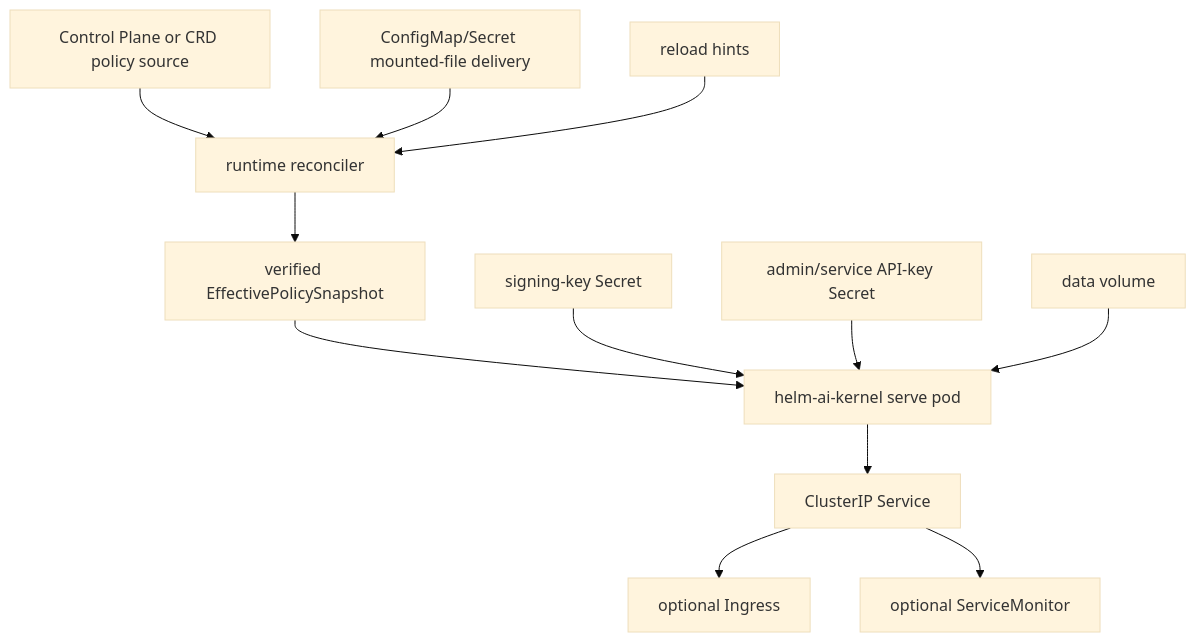
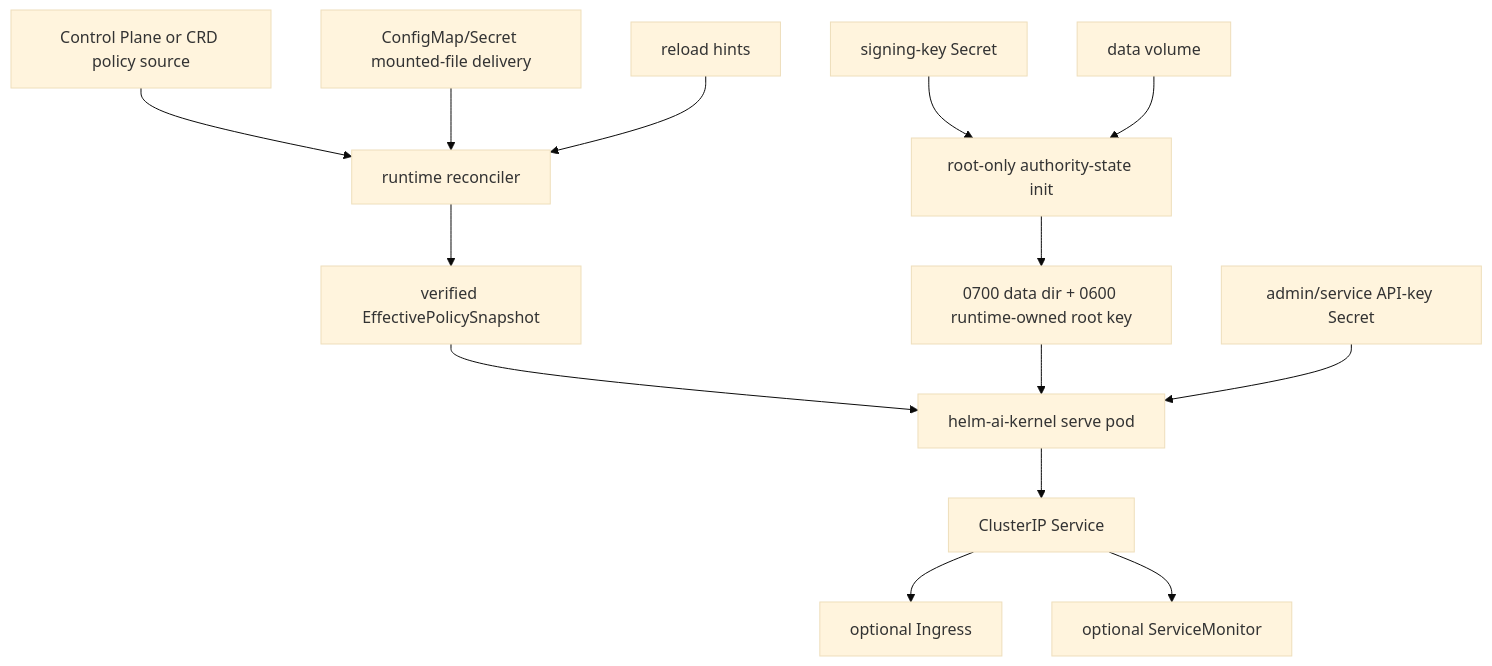
One commit to Mindburn-Labs/helm-ai-kernel changed the diagram in deploy/helm-chart/README.md. Above: the diagram before and after it, drawn with Mermaid (base theme). The commit also changed other lines of this file and 18 other files, not shown here.

````diff
--- a/deploy/helm-chart/README.md
+++ b/deploy/helm-chart/README.md
@@ -35,14 +35,16 @@
 ```mermaid
 flowchart TD
   cp["Control Plane or CRD policy source"] --> runtime["runtime reconciler"]
   cm["ConfigMap/Secret mounted-file delivery"] --> runtime
   hint["reload hints"] --> runtime
   runtime --> snapshot["verified EffectivePolicySnapshot"]
   snapshot --> pod["helm-ai-kernel serve pod"]
-  signing["signing-key Secret"] --> pod
+  signing["signing-key Secret"] --> init["root-only authority-state init"]
+  pvc["data volume"] --> init
+  init --> authority["0700 data dir + 0600 runtime-owned root key"]
+  authority --> pod
   auth["admin/service API-key Secret"] --> pod
-  pvc["data volume"] --> pod
   pod --> service["ClusterIP Service"]
   service --> ingress["optional Ingress"]
   service --> metrics["optional ServiceMonitor"]
 ```
````
